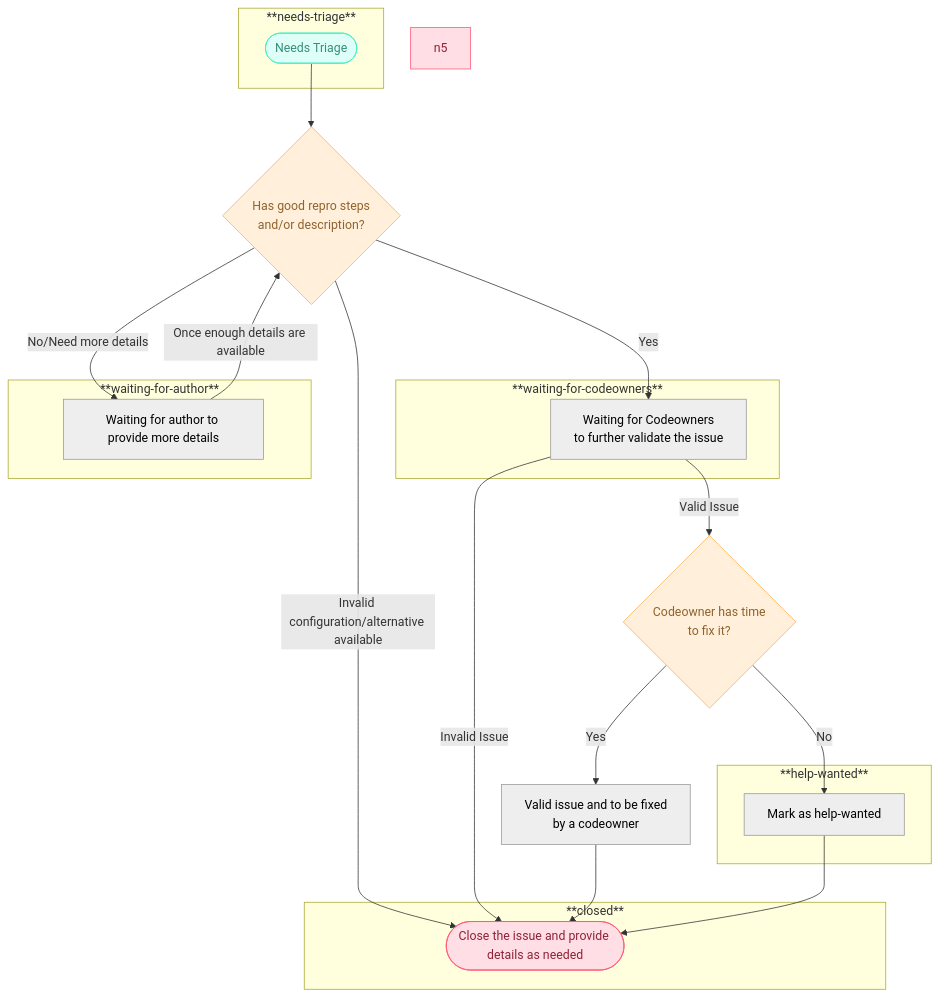
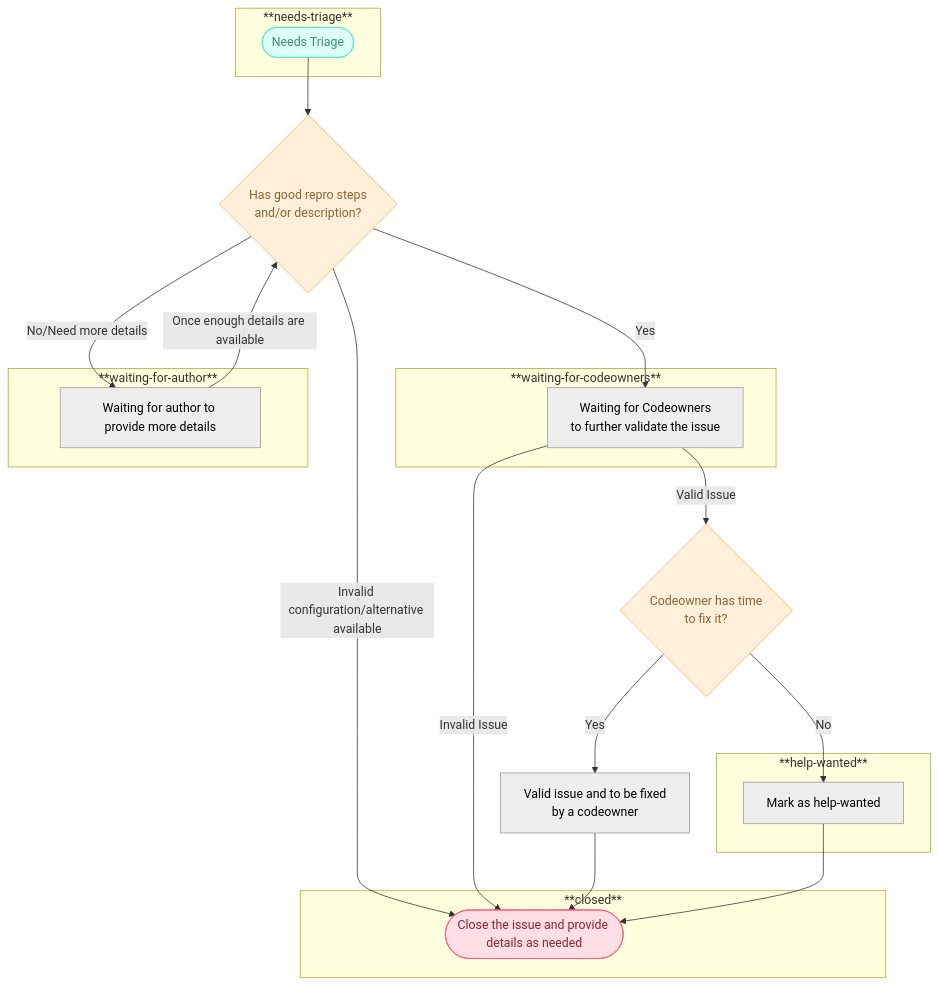
The diagram in issue-triaging.md (open-telemetry/opentelemetry-collector-contrib), drawn with Mermaid before and after one commit.

Commit message:
redundant

````diff
--- a/issue-triaging.md
+++ b/issue-triaging.md
@@ -79,48 +79,47 @@
 ```mermaid
 flowchart TD
   subgraph graph1["**needs-triage**"]
         n1(["Needs Triage"])
   end
   subgraph graph2["**waiting-for-codeowners**"]
         n3["Waiting for Codeowners<br>to further validate the issue"]
   end
   subgraph graph3["**waiting-for-author**"]
         n4["Waiting for author to provide more details"]
   end
   subgraph graph4["**help-wanted**"]
         n8["Mark as help-wanted"]
   end
   subgraph graph5["**closed**"]
         n9(["Close the issue and provide details as needed"])
   end
     n1 --> n2["Has good repro steps <br>and/or description?"]
     n2 -- Yes --> n3
     n2 -- No/Need more details --> n4
     n2 -- Invalid configuration/alternative available --> n9
     n3 -- Invalid Issue --> n9
     n3 -- Valid Issue -->  n6["Codeowner has time<br>to fix it?"]
     n6 -- Yes --> n7["Valid issue and to be fixed <br>by a codeowner"]
     n6 -- No --> n8
     n7 --> n9
     n8 --> n9
     n4 -- Once enough details are available --> n2
 
     n3@{ shape: rect}
     n4@{ shape: rect}
     n2@{ shape: diam}
     n6@{ shape: diam}
      n1:::Aqua
      n3:::Ash
      n4:::Ash
      n8:::Ash
      n2:::Ash
      n2:::Peach
-     n5:::Rose
      n6:::Peach
      n7:::Ash
      n9:::Rose
     classDef Rose stroke-width:1px, stroke-dasharray:none, stroke:#FF5978, fill:#FFDFE5, color:#8E2236
     classDef Aqua stroke-width:1px, stroke-dasharray:none, stroke:#46EDC8, fill:#DEFFF8, color:#378E7A
     classDef Peach stroke-width:1px, stroke-dasharray:none, stroke:#FBB35A, fill:#FFEFDB, color:#8F632D
     classDef Ash stroke-width:1px, stroke-dasharray:none, stroke:#999999, fill:#EEEEEE, color:#000000
 ```
````
